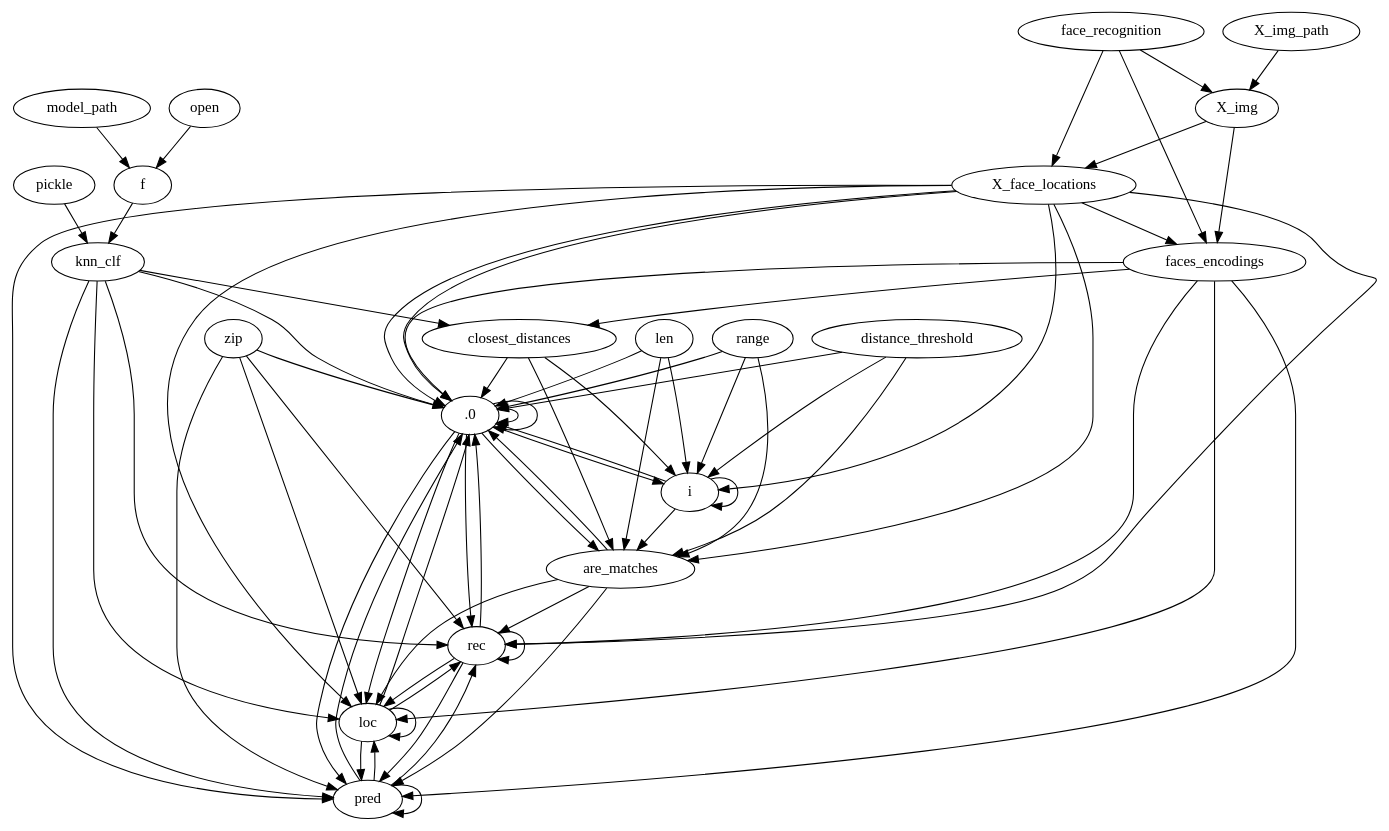
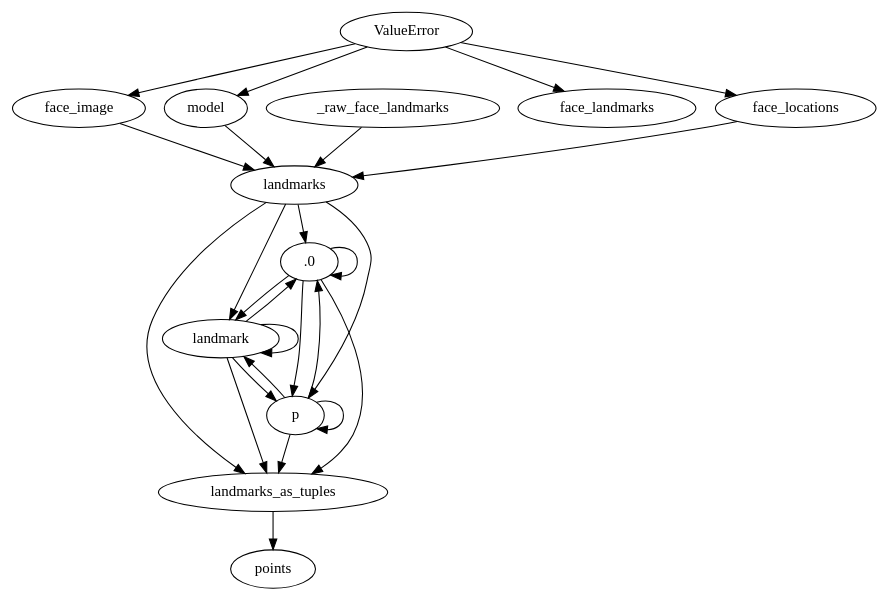
Before and after one commit to payalmantri/CS598-ML4SE-codeql: the diagram in post-processing/dataset/python/outputs/python_dfg_1.dot, drawn with Graphviz. The commit also changed 133 other files, not shown here.

```diff
--- a/post-processing/dataset/python/outputs/python_dfg_1.dot
+++ b/post-processing/dataset/python/outputs/python_dfg_1.dot
@@ -1,71 +1,61 @@
-digraph {open->f
-model_path->f
-f->knn_clf
-pickle->knn_clf
-face_recognition->X_img
-X_img_path->X_img
-face_recognition->X_face_locations
-X_img->X_face_locations
-face_recognition->faces_encodings
-X_img->faces_encodings
-X_face_locations->faces_encodings
-knn_clf->closest_distances
-faces_encodings->closest_distances
+strict digraph {face_locations->landmarks
+face_image->landmarks
+model->landmarks
+_raw_face_landmarks->landmarks
 .0->.0
-len->.0
-range->.0
-i->.0
-distance_threshold->.0
-X_face_locations->.0
-closest_distances->.0
-len->i
-range->i
-.0->i
-i->i
-distance_threshold->i
-X_face_locations->i
-closest_distances->i
-len->are_matches
-range->are_matches
-distance_threshold->are_matches
-X_face_locations->are_matches
-closest_distances->are_matches
-.0->are_matches
-i->are_matches
+landmarks->.0
+landmark->.0
+p->.0
+.0->landmark
+landmarks->landmark
+landmark->landmark
+p->landmark
 .0->.0
-X_face_locations->.0
-zip->.0
-knn_clf->.0
-faces_encodings->.0
-are_matches->.0
-pred->.0
-loc->.0
-rec->.0
-zip->pred
-knn_clf->pred
-X_face_locations->pred
-faces_encodings->pred
-.0->pred
-are_matches->pred
-pred->pred
-loc->pred
-rec->pred
-zip->loc
-knn_clf->loc
-X_face_locations->loc
-faces_encodings->loc
-.0->loc
-are_matches->loc
-pred->loc
-loc->loc
-rec->loc
-zip->rec
-knn_clf->rec
-X_face_locations->rec
-faces_encodings->rec
-.0->rec
-are_matches->rec
-pred->rec
-loc->rec
-rec->rec
+landmarks->.0
+landmark->.0
+p->.0
+.0->p
+landmarks->p
+landmark->p
+p->p
+.0->landmarks_as_tuples
+landmarks->landmarks_as_tuples
+landmark->landmarks_as_tuples
+p->landmarks_as_tuples
+.0->.0
+landmarks_as_tuples->points
+.0->.0
+landmarks_as_tuples->points
+ValueError->face_image
+ValueError->face_locations
+ValueError->model
+ValueError->face_landmarks
+face_locations->landmarks
+face_image->landmarks
+model->landmarks
+_raw_face_landmarks->landmarks
+.0->.0
+landmarks->.0
+landmark->.0
+p->.0
+.0->landmark
+landmarks->landmark
+landmark->landmark
+p->landmark
+.0->.0
+landmarks->.0
+landmark->.0
+p->.0
+.0->p
+landmarks->p
+landmark->p
+p->p
+.0->landmarks_as_tuples
+landmarks->landmarks_as_tuples
+landmark->landmarks_as_tuples
+p->landmarks_as_tuples
+.0->.0
+landmarks_as_tuples->points
+.0->.0
+landmarks_as_tuples->points
 }
```
